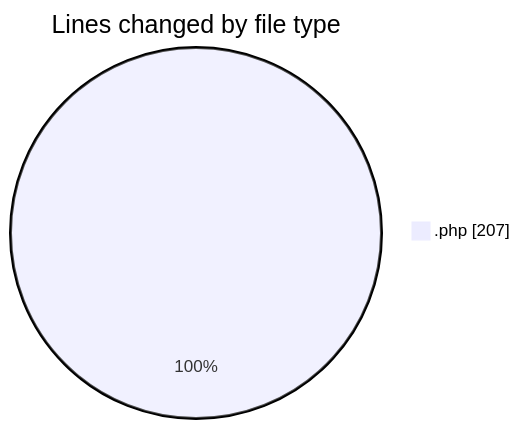
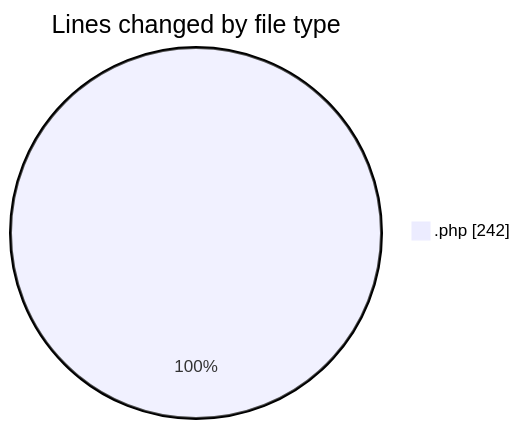
One commit to LanceThiago/code-tracking changed the first of 2 diagrams in 2026-08-26/oficina/README.md. Above: the diagram before and after it, drawn with Mermaid. The commit also changed other lines of this file and 1 other file, not shown here.

````diff
--- a/2026-08-26/oficina/README.md
+++ b/2026-08-26/oficina/README.md
@@ -20,5 +20,5 @@
 ```mermaid
 pie showData
 title Lines changed by file type
-".php" : 207
+".php" : 242
 ```
````
